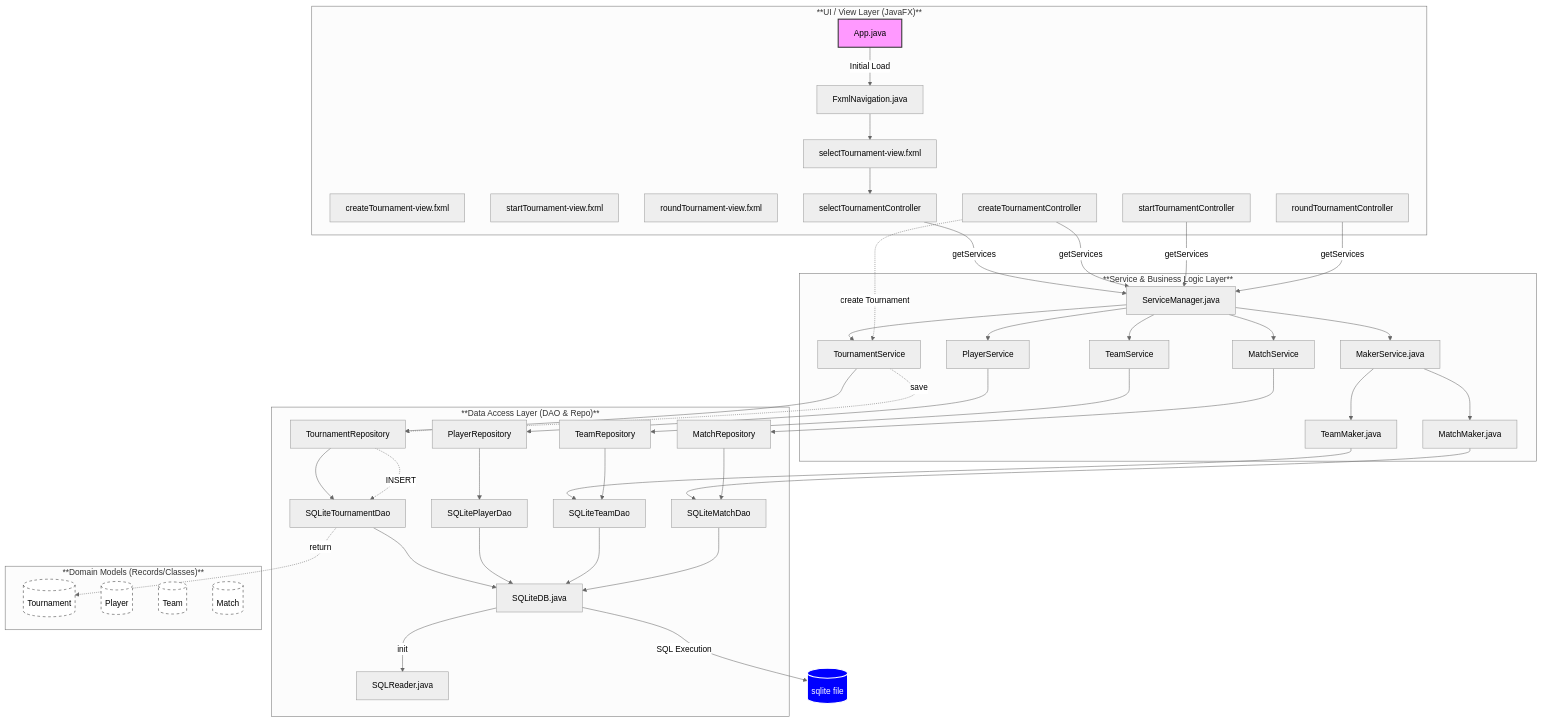
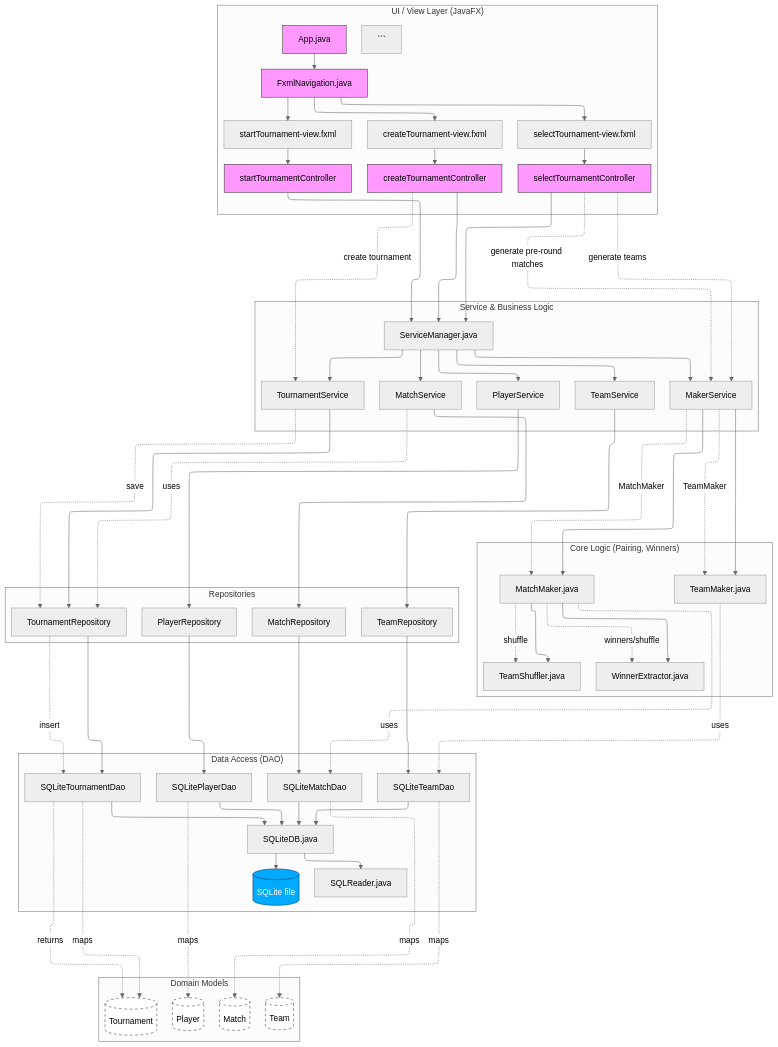
The diagram in project-flowchart.mmd (alex1009-system32/CalcettoManagementSystem), drawn with Mermaid (neutral theme) before and after one commit. The commit also changed 1 other file, not shown here.

````diff
--- a/project-flowchart.mmd
+++ b/project-flowchart.mmd
@@ -1,110 +1,117 @@
+---
+config:
+  layout: elk
+---
 flowchart TD
-    %% Subgraph: UI / View Layer
-    subgraph UI_Layer ["**UI / View Layer (JavaFX)**"]
-        APP[App.java]
-        FXML_SELECT[selectTournament-view.fxml]
-        FXML_CREATE[createTournament-view.fxml]
-        FXML_START[startTournament-view.fxml]
-        FXML_ROUND[roundTournament-view.fxml]
-        
-        CTRL_SELECT[selectTournamentController]
-        CTRL_CREATE[createTournamentController]
-        CTRL_START[startTournamentController]
-        CTRL_ROUND[roundTournamentController]
-        
-        NAV[FxmlNavigation.java]
-    end
+subgraph UI_Layer ["UI / View Layer (JavaFX)"]
+APP[App.java]
+NAV_FXML[FxmlNavigation.java]
 
-    %% Subgraph: Service & Logic Layer
-    subgraph Service_Layer ["**Service & Business Logic Layer**"]
-        MGR[ServiceManager.java]
-        SVC_T[TournamentService]
-        SVC_P[PlayerService]
-        SVC_TM[TeamService]
-        SVC_M[MatchService]
-        
-        CORE_TM[TeamMaker.java]
-        CORE_MM[MatchMaker.java]
-        SVC_MKR[MakerService.java]
-    end
+```
+FXML_SELECT[selectTournament-view.fxml]
+FXML_CREATE[createTournament-view.fxml]
+FXML_START[startTournament-view.fxml]
 
-    %% Subgraph: Data Access Layer
-    subgraph Data_Layer ["**Data Access Layer (DAO & Repo)**"]
-        REPO_T[TournamentRepository]
-        REPO_P[PlayerRepository]
-        REPO_TM[TeamRepository]
-        REPO_M[MatchRepository]
-        
-        DAO_T[SQLiteTournamentDao]
-        DAO_P[SQLitePlayerDao]
-        DAO_TM[SQLiteTeamDao]
-        DAO_M[SQLiteMatchDao]
-        
-        DB_CONN[SQLiteDB.java]
-        SQL_R[SQLReader.java]
-    end
+CTRL_SELECT[selectTournamentController]
+CTRL_CREATE[createTournamentController]
+CTRL_START[startTournamentController]
+```
+end
+subgraph Service_Layer ["Service & Business Logic"]
+MGR[ServiceManager.java]
 
-    %% Subgraph: Domain Models
-    subgraph Domain_Layer ["**Domain Models (Records/Classes)**"]
-        MODEL_T[(Tournament)]
-        MODEL_P[(Player)]
-        MODEL_TM[(Team)]
-        MODEL_M[(Match)]
-    end
+```
+SVC_T[TournamentService]
+SVC_P[PlayerService]
+SVC_TM[TeamService]
+SVC_M[MatchService]
 
-    %% Relationships: UI to Service
-    APP -->|Initial Load| NAV
-    NAV --> FXML_SELECT
-    FXML_SELECT --> CTRL_SELECT
-    
-    CTRL_SELECT -->|getServices| MGR
-    CTRL_CREATE -->|getServices| MGR
-    CTRL_START -->|getServices| MGR
-    CTRL_ROUND -->|getServices| MGR
-    
-    MGR --> SVC_T
-    MGR --> SVC_P
-    MGR --> SVC_TM
-    MGR --> SVC_M
-    MGR --> SVC_MKR
+REPO_MKR[MakerService]
+```
+end
+subgraph Core_Layer ["Core Logic (Pairing, Winners)"]
+CORE_TM[TeamMaker.java]
+CORE_MM[MatchMaker.java]
+CORE_SHUFFLER[TeamShuffler.java]
+CORE_WINNER[WinnerExtractor.java]
+end
+subgraph Repository_Layer ["Repositories"]
+REPO_T[TournamentRepository]
+REPO_P[PlayerRepository]
+REPO_TM[TeamRepository]
+REPO_M[MatchRepository]
+end
+subgraph Data_Layer ["Data Access (DAO)"]
+DAO_T[SQLiteTournamentDao]
+DAO_P[SQLitePlayerDao]
+DAO_TM[SQLiteTeamDao]
+DAO_M[SQLiteMatchDao]
+DB_CONN[SQLiteDB.java]
+SQL_R[SQLReader.java]
+SQLITE[(SQLite file)]
+end
+subgraph Domain_Layer ["Domain Models"]
+MODEL_T[(Tournament)]
+MODEL_P[(Player)]
+MODEL_TM[(Team)]
+MODEL_M[(Match)]
+end
+APP --> NAV_FXML
+NAV_FXML --> FXML_SELECT
+NAV_FXML --> FXML_CREATE
+NAV_FXML --> FXML_START
 
-    %% Relationships: Service to Data/Core
-    SVC_T --> REPO_T
-    SVC_P --> REPO_P
-    SVC_TM --> REPO_TM
-    SVC_M --> REPO_M
-    
-    SVC_MKR --> CORE_TM
-    SVC_MKR --> CORE_MM
-    
-    CORE_TM --> DAO_TM
-    CORE_MM --> DAO_M
-    
-    %% Relationships: Repo to DAO
-    REPO_T --> DAO_T
-    REPO_P --> DAO_P
-    REPO_TM --> DAO_TM
-    REPO_M --> DAO_M
-    
-    %% Relationships: DAO to Database
-    DAO_T --> DB_CONN
-    DAO_P --> DB_CONN
-    DAO_TM --> DB_CONN
-    DAO_M --> DB_CONN
-    
-    DB_CONN -->|init| SQL_R
-    DB_CONN -->|SQL Execution| SQLITE[(sqlite file)]
+FXML_SELECT --> CTRL_SELECT
+FXML_CREATE --> CTRL_CREATE
+FXML_START --> CTRL_START
+CTRL_SELECT --> MGR
+CTRL_CREATE --> MGR
+CTRL_START --> MGR
+MGR --> SVC_T
+MGR --> SVC_P
+MGR --> SVC_TM
+MGR --> SVC_M
+MGR --> REPO_MKR
+SVC_T --> REPO_T
+SVC_P --> REPO_P
+SVC_TM --> REPO_TM
+SVC_M --> REPO_M
+SVC_M -. uses .-> REPO_T
+REPO_MKR --> CORE_TM
+REPO_MKR --> CORE_MM
+CORE_MM --> CORE_SHUFFLER
+CORE_MM --> CORE_WINNER
+REPO_T --> DAO_T
+REPO_P --> DAO_P
+REPO_TM --> DAO_TM
+REPO_M --> DAO_M
+DAO_T --> DB_CONN
+DAO_P --> DB_CONN
+DAO_TM --> DB_CONN
+DAO_M --> DB_CONN
+DB_CONN --> SQL_R
+DB_CONN --> SQLITE
+DAO_T -. maps .-> MODEL_T
+DAO_P -. maps .-> MODEL_P
+DAO_TM -. maps .-> MODEL_TM
+DAO_M -. maps .-> MODEL_M
+CTRL_CREATE -. create tournament .-> SVC_T
+SVC_T -. save .-> REPO_T
+REPO_T -. insert .-> DAO_T
+DAO_T -. returns .-> MODEL_T
 
-    %% Data Flow Examples
-    CTRL_CREATE -.->|create Tournament| SVC_T
-    SVC_T -.->|save| REPO_T
-    REPO_T -.->|INSERT| DAO_T
-    DAO_T -.->|return| MODEL_T
+CTRL_SELECT -. generate teams .-> REPO_MKR
+REPO_MKR -. TeamMaker .-> CORE_TM
+CORE_TM -. uses .-> DAO_TM
 
-    %% Styling
-    style APP fill:#f9f,stroke:#333,stroke-width:2px
-    style SQLITE fill:#00f,stroke:#fff,stroke-width:2px,color:#fff
-    style MODEL_T fill:#fff,stroke:#333,stroke-dasharray: 5 5
-    style MODEL_P fill:#fff,stroke:#333,stroke-dasharray: 5 5
-    style MODEL_TM fill:#fff,stroke:#333,stroke-dasharray: 5 5
-    style MODEL_M fill:#fff,stroke:#333,stroke-dasharray: 5 5
+CTRL_SELECT -. generate pre-round matches .-> REPO_MKR
+REPO_MKR -. MatchMaker .-> CORE_MM
+CORE_MM -. uses .-> DAO_M
+CORE_MM -. winners/shuffle .-> CORE_WINNER
+CORE_MM -. shuffle .-> CORE_SHUFFLER
+classDef model fill:#fff,stroke:#333,stroke-dasharray: 5 5
+class MODEL_T,MODEL_P,MODEL_TM,MODEL_M model
+classDef db fill:#0af,color:#fff,stroke:#036
+class SQLITE db
+classDef ui fill:#f9f,stroke:#333
+class APP,NAV_FXML,CTRL_SELECT,CTRL_CREATE,CTRL_START ui
````
